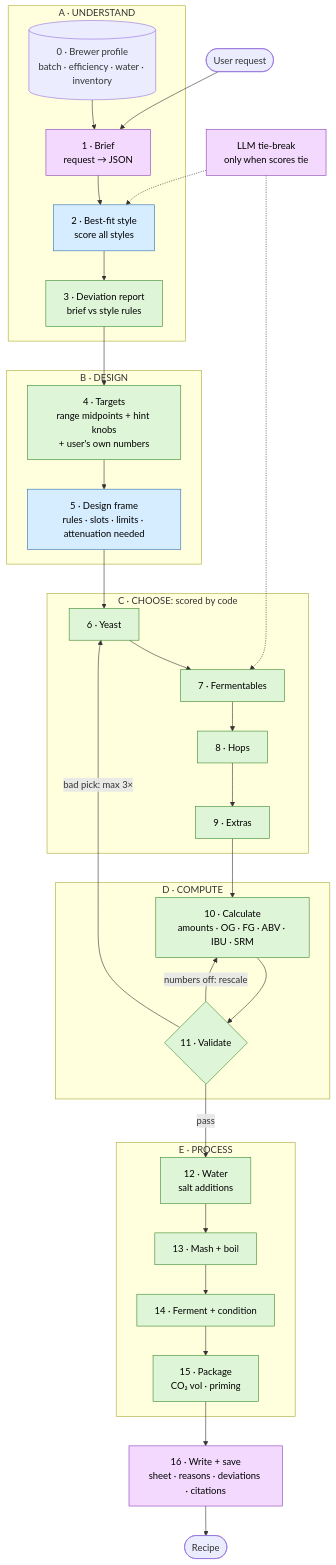
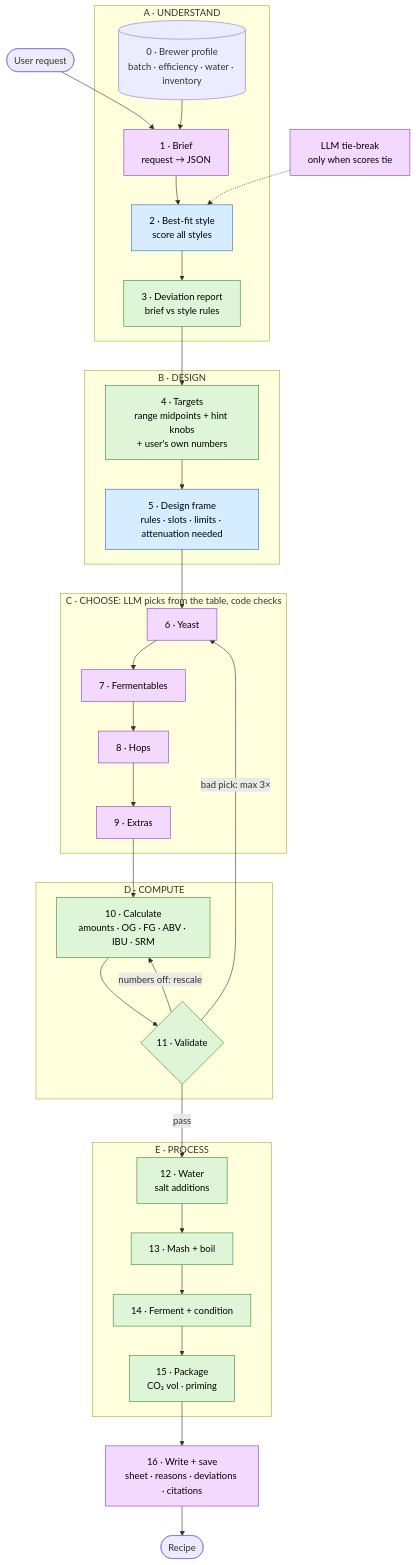
The second of 4 diagrams in docs/RECIPE-ROADMAP.md (badacsonyigorenyember/homebrew_ai), drawn with Mermaid before and after one commit. The commit also changed other lines of this file and 3 other files, not shown here.

````diff
--- a/docs/RECIPE-ROADMAP.md
+++ b/docs/RECIPE-ROADMAP.md
@@ -81,42 +81,41 @@
 ```mermaid
 flowchart TD
     U([User request]) --> S1
     subgraph stA["A · UNDERSTAND"]
       S0[("0 · Brewer profile<br/>batch · efficiency · water · inventory")]
       S1["1 · Brief<br/>request → JSON"]:::llm
       S2["2 · Best-fit style<br/>score all styles"]:::sql
       S3["3 · Deviation report<br/>brief vs style rules"]:::code
     end
     subgraph stB["B · DESIGN"]
       S4["4 · Targets<br/>range midpoints + hint knobs<br/>+ user's own numbers"]:::code
       S5["5 · Design frame<br/>rules · slots · limits · attenuation needed"]:::sql
     end
-    subgraph stC["C · CHOOSE: scored by code"]
-      S6["6 · Yeast"]:::code
-      S7["7 · Fermentables"]:::code
-      S8["8 · Hops"]:::code
-      S9["9 · Extras"]:::code
+    subgraph stC["C · CHOOSE: LLM picks from the table, code checks"]
+      S6["6 · Yeast"]:::llm
+      S7["7 · Fermentables"]:::llm
+      S8["8 · Hops"]:::llm
+      S9["9 · Extras"]:::llm
     end
     subgraph stD["D · COMPUTE"]
       S10["10 · Calculate<br/>amounts · OG · FG · ABV · IBU · SRM"]:::code
       S11{"11 · Validate"}:::code
     end
     subgraph stE["E · PROCESS"]
       S12["12 · Water<br/>salt additions"]:::code
       S13["13 · Mash + boil"]:::code
       S14["14 · Ferment + condition"]:::code
       S15["15 · Package<br/>CO₂ vol · priming"]:::code
     end
     S0 --> S1
     S1 --> S2 --> S3 --> S4 --> S5 --> S6 --> S7 --> S8 --> S9 --> S10 --> S11
     S11 -- "numbers off: rescale" --> S10
     S11 -- "bad pick: max 3×" --> S6
     S11 -- pass --> S12 --> S13 --> S14 --> S15 --> S16
     S16["16 · Write + save<br/>sheet · reasons · deviations · citations"]:::llm --> R([Recipe])
     T["LLM tie-break<br/>only when scores tie"]:::llm -.-> S2
-    T -.-> S7
 
     classDef llm fill:#f4d9ff,stroke:#8a3fb5,color:#000
     classDef sql fill:#d6ecff,stroke:#2f6fb0,color:#000
     classDef code fill:#dff5d8,stroke:#3c8a2e,color:#000
 ```
````
